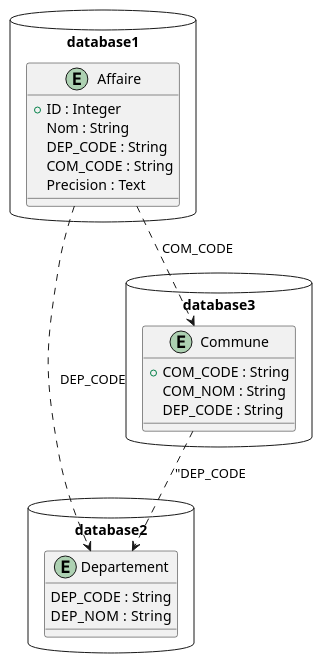
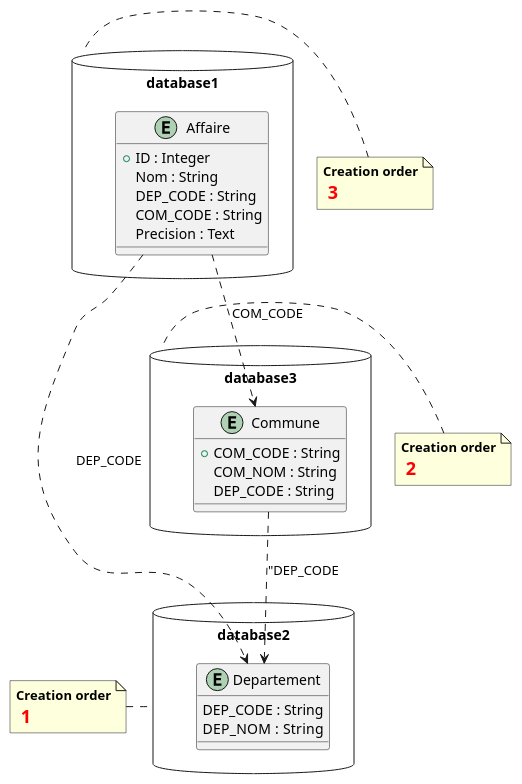
One commit to Alexvc23/flask-app changed the diagram in assets/diagramsBackend/database/models.diagrame.puml. Above: the diagram before and after it, drawn with PlantUML.

Commit message:
Refactor database schema and add creation order notes
- Removed package database1 and later re-added it to the end with associated notes.
- Added creation order notes next to database2 and database3 packages.
- Maintained relationships between entities across packages.

```diff
--- a/assets/diagramsBackend/database/models.diagrame.puml
+++ b/assets/diagramsBackend/database/models.diagrame.puml
@@ -1,32 +1,48 @@
 @startuml
+
+
+package database2 <<database>>{
+    entity "Departement" as departements {
+    DEP_CODE : String
+    DEP_NOM  : String
+    }
+}
+note left of database2
+   <b>Creation order</b>
+   <size:18><b><color:red> 1 </color></b></size> 
+end note
+
+
+package database3 <<database>>{
+    entity "Commune" as communes {
+    +COM_CODE : String
+    COM_NOM : String
+    DEP_CODE : String
+    }
+}
+note left of database3
+   <b>Creation order</b>
+   <size:18><b><color:red> 2 </color></b></size> 
+end note
 
 package database1 <<database>>{
     entity "Affaire" as affaires {
     +ID : Integer
     Nom : String
     DEP_CODE : String
     COM_CODE : String
     Precision : Text
     }
 }
+note left of database1
+   <b>Creation order</b>
+   <size:18><b><color:red> 3 </color></b></size> 
+end note
 
 
-package database2 <<database>>{
-    entity "Departement" as departements {
-    DEP_CODE : String
-    DEP_NOM  : String
-    }
-}
 
-package database3 <<database>>{
-    entity "Commune" as communes {
-    +COM_CODE : String
-    COM_NOM : String
-    DEP_CODE : String
-    }
-}
 
 affaires ..> departements : "DEP_CODE"
 affaires ..> communes : "COM_CODE"
 communes ..> departements : "DEP_CODE
 @enduml
```
